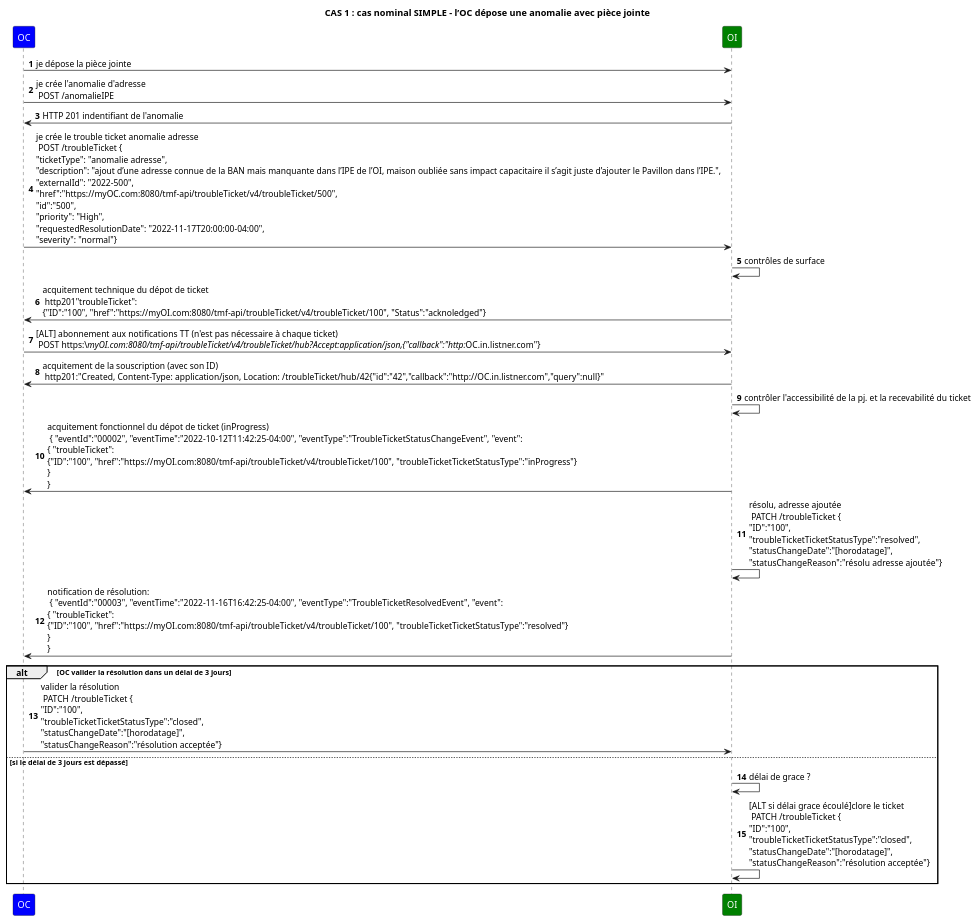
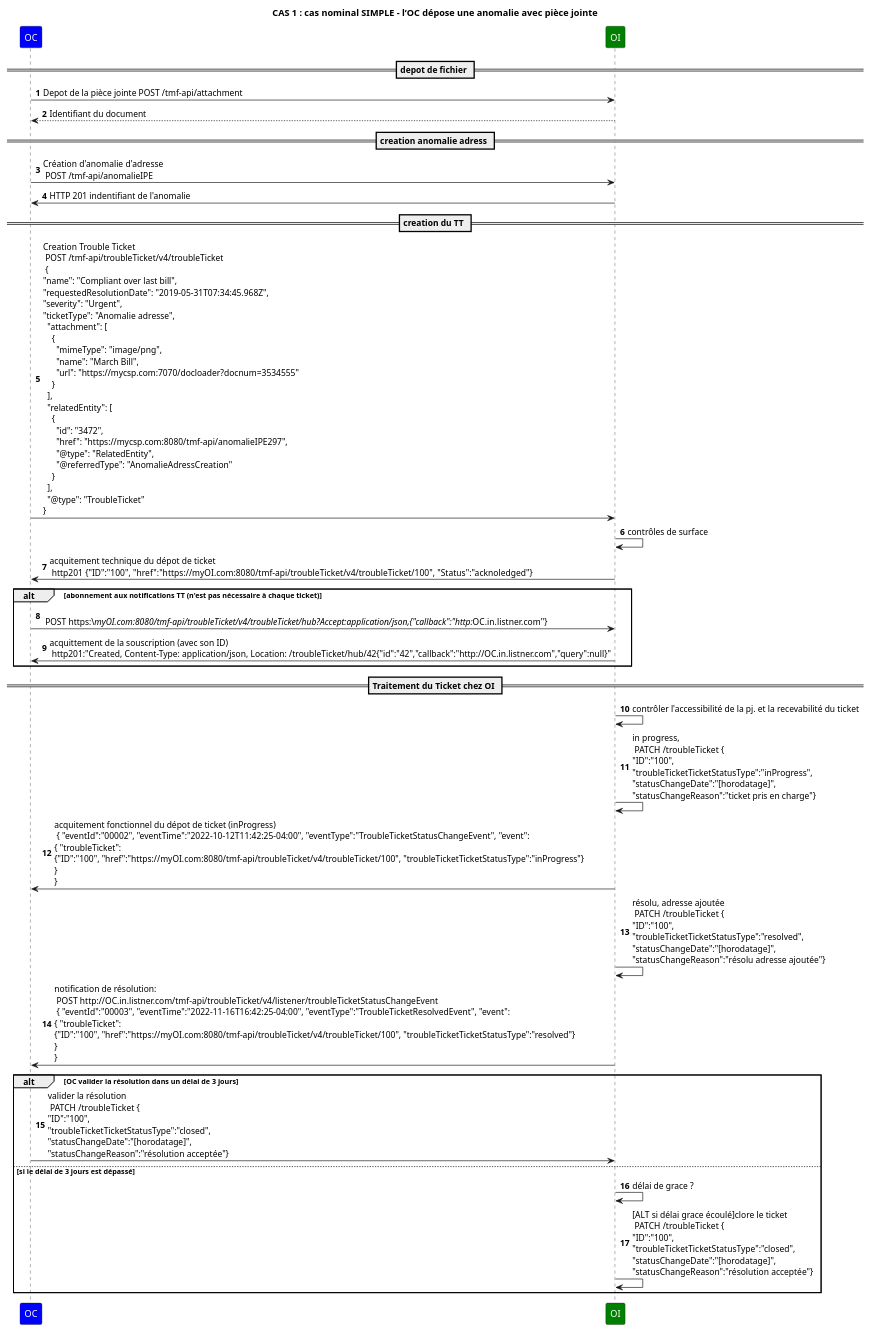
The diagram in sequence/cas1 nominal.puml (before-interop/anomalieAdresse), drawn with PlantUML before and after one commit. The commit also changed 6 other files, not shown here.

Commit message:
ajout diagrammes de séquence pour les cas 1 à 8

```diff
--- a/sequence/cas1 nominal.puml
+++ b/sequence/cas1 nominal.puml
@@ -1,44 +1,49 @@
 @startuml
 
 skinparam ParticipantFontColor automatic
 
 title: CAS 1 : cas nominal SIMPLE - l’OC dépose une anomalie avec pièce jointe 
 
 autonumber
 
 participant OC #Blue
 participant OI #Green
-
-OC->OI: je dépose la pièce jointe
-OC->OI: je crée l'anomalie d'adresse \n POST /anomalieIPE
+== depot de fichier ==
+OC->OI: Depot de la pièce jointe POST /tmf-api/attachment
+OI --> OC: Identifiant du document
+== creation anomalie adress ==
+OC->OI: Création d'anomalie d'adresse \n POST /tmf-api/anomalieIPE
 OI->OC: HTTP 201 indentifiant de l'anomalie
-OC->OI: je crée le trouble ticket anomalie adresse \n POST /troubleTicket {\n"ticketType": "anomalie adresse",\n"description": "ajout d’une adresse connue de la BAN mais manquante dans l’IPE de l’OI, maison oubliée sans impact capacitaire il s’agit juste d’ajouter le Pavillon dans l’IPE.",\n"externalId": "2022-500",\n"href":"https://myOC.com:8080/tmf-api/troubleTicket/v4/troubleTicket/500",\n"id":"500",\n"priority": "High",\n"requestedResolutionDate": "2022-11-17T20:00:00-04:00",\n"severity": "normal"}
+== creation du TT ==
+OC->OI: Creation Trouble Ticket \n POST /tmf-api/troubleTicket/v4/troubleTicket \n {\n"name": "Compliant over last bill",\n"requestedResolutionDate": "2019-05-31T07:34:45.968Z",\n"severity": "Urgent",\n"ticketType": "Anomalie adresse",\n  "attachment": [\n    {\n      "mimeType": "image/png",\n      "name": "March Bill",\n      "url": "https://mycsp.com:7070/docloader?docnum=3534555"\n    }\n  ],\n  "relatedEntity": [\n    {\n      "id": "3472",\n      "href": "https://mycsp.com:8080/tmf-api/anomalieIPE297",\n      "@type": "RelatedEntity",\n      "@referredType": "AnomalieAdressCreation"\n    }\n  ],\n  "@type": "TroubleTicket"\n}
 
 OI->OI: contrôles de surface
 
-OI->OC: acquitement technique du dépot de ticket \n http201"troubleTicket": \n{"ID":"100", "href":"https://myOI.com:8080/tmf-api/troubleTicket/v4/troubleTicket/100", "Status":"acknoledged"}
+OI->OC: acquitement technique du dépot de ticket \n http201   {"ID":"100", "href":"https://myOI.com:8080/tmf-api/troubleTicket/v4/troubleTicket/100", "Status":"acknoledged"}
 
-OC->OI: [ALT] abonnement aux notifications TT (n'est pas nécessaire à chaque ticket) \n POST https:\//myOI.com:8080/tmf-api/troubleTicket/v4/troubleTicket/hub?Accept:application/json,{"callback":"http://OC.in.listner.com"}
+alt abonnement aux notifications TT (n'est pas nécessaire à chaque ticket)
+OC->OI:  \n POST https:\//myOI.com:8080/tmf-api/troubleTicket/v4/troubleTicket/hub?Accept:application/json,{"callback":"http://OC.in.listner.com"}
+OI->OC: acquittement de la souscription (avec son ID) \n http201:"Created, Content-Type: application/json, Location: /troubleTicket/hub/42{"id":"42","callback":"http://OC.in.listner.com","query":null}"
 
-OI->OC: acquitement de la souscription (avec son ID) \n http201:"Created, Content-Type: application/json, Location: /troubleTicket/hub/42{"id":"42","callback":"http://OC.in.listner.com","query":null}"
-
-
+end
+== Traitement du Ticket chez OI ==
 OI->OI: contrôler l'accessibilité de la pj. et la recevabilité du ticket
+OI->OI: in progress,  \n PATCH /troubleTicket {\n"ID":"100",\n"troubleTicketTicketStatusType":"inProgress",\n"statusChangeDate":"[horodatage]",\n"statusChangeReason":"ticket pris en charge"}
 
 OI->OC: acquitement fonctionnel du dépot de ticket (inProgress) \n { "eventId":"00002", "eventTime":"2022-10-12T11:42:25-04:00", "eventType":"TroubleTicketStatusChangeEvent", "event": \n{ "troubleTicket": \n{"ID":"100", "href":"https://myOI.com:8080/tmf-api/troubleTicket/v4/troubleTicket/100", "troubleTicketTicketStatusType":"inProgress"}\n} \n}
 
 OI->OI: résolu, adresse ajoutée \n PATCH /troubleTicket {\n"ID":"100",\n"troubleTicketTicketStatusType":"resolved",\n"statusChangeDate":"[horodatage]",\n"statusChangeReason":"résolu adresse ajoutée"}
 
-OI->OC: notification de résolution: \n { "eventId":"00003", "eventTime":"2022-11-16T16:42:25-04:00", "eventType":"TroubleTicketResolvedEvent", "event": \n{ "troubleTicket": \n{"ID":"100", "href":"https://myOI.com:8080/tmf-api/troubleTicket/v4/troubleTicket/100", "troubleTicketTicketStatusType":"resolved"}\n} \n}
+OI->OC: notification de résolution: \n POST http://OC.in.listner.com/tmf-api/troubleTicket/v4/listener/troubleTicketStatusChangeEvent \n { "eventId":"00003", "eventTime":"2022-11-16T16:42:25-04:00", "eventType":"TroubleTicketResolvedEvent", "event": \n{ "troubleTicket": \n{"ID":"100", "href":"https://myOI.com:8080/tmf-api/troubleTicket/v4/troubleTicket/100", "troubleTicketTicketStatusType":"resolved"}\n} \n}
 
 alt OC valider la résolution dans un délai de 3 jours
 OC->OI: valider la résolution \n PATCH /troubleTicket {\n"ID":"100",\n"troubleTicketTicketStatusType":"closed",\n"statusChangeDate":"[horodatage]",\n"statusChangeReason":"résolution acceptée"}
 else si le délai de 3 jours est dépassé
 OI->OI: délai de grace ?
 OI->OI: [ALT si délai grace écoulé]clore le ticket \n PATCH /troubleTicket {\n"ID":"100",\n"troubleTicketTicketStatusType":"closed",\n"statusChangeDate":"[horodatage]",\n"statusChangeReason":"résolution acceptée"}
 
 end
 
 
 
 @enduml
```
